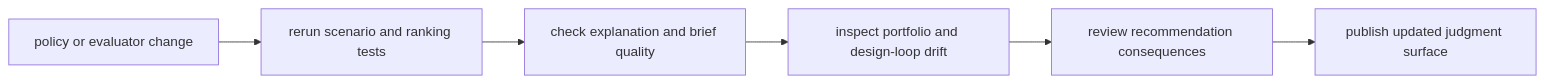
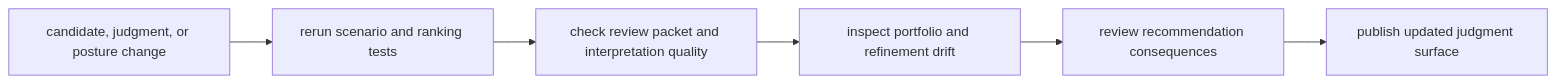
The diagram in docs/05-bijux-proteomics-intelligence/operations/index.md (bijux/bijux-proteomics), drawn with Mermaid before and after one commit. The commit also changed other lines of this file and 35 other files, not shown here.

````diff
--- a/docs/05-bijux-proteomics-intelligence/operations/index.md
+++ b/docs/05-bijux-proteomics-intelligence/operations/index.md
@@ -17,11 +17,11 @@
 ```mermaid
 flowchart LR
-    policy["policy or evaluator change"]
+    policy["candidate, judgment, or posture change"]
     scenarios["rerun scenario and ranking tests"]
-    explain["check explanation and brief quality"]
-    drift["inspect portfolio and design-loop drift"]
+    explain["check review packet and interpretation quality"]
+    drift["inspect portfolio and refinement drift"]
     review["review recommendation consequences"]
     release["publish updated judgment surface"]
 
     policy --> scenarios --> explain --> drift --> review --> release
 ```
````
